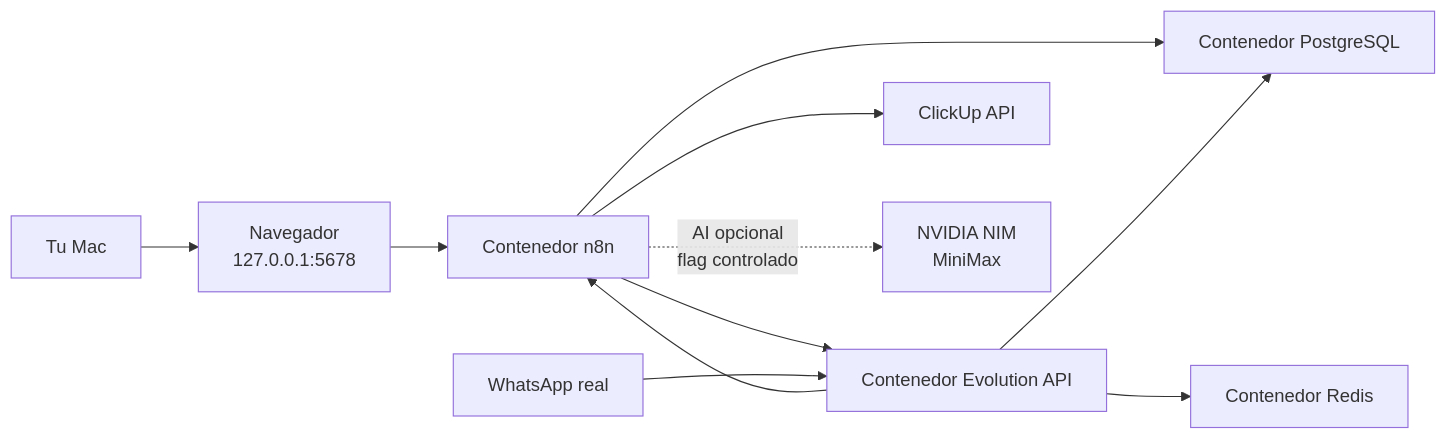
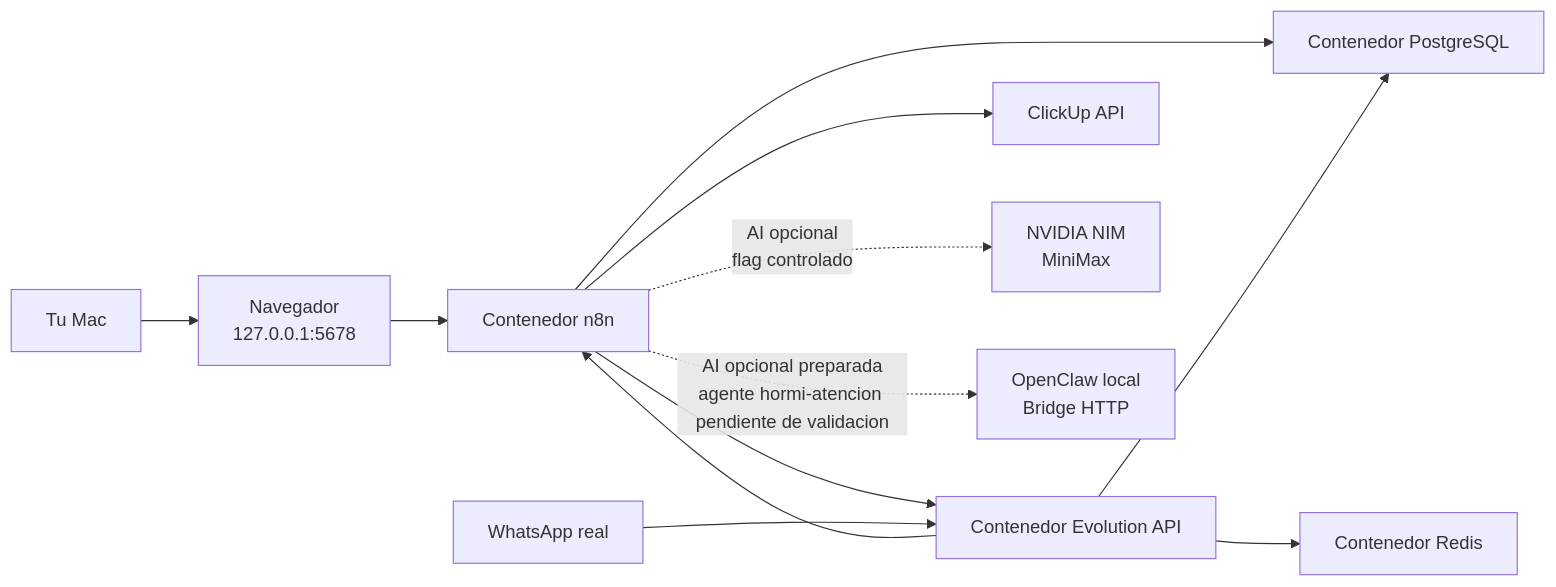
The diagram in docs/arquitectura.md (juanpablovM/Automatizacion-WhatsApp), drawn with Mermaid before and after one commit. The commit also changed other lines of this file and 14 other files, not shown here.

Commit message:
Prepare OpenClaw assistant integration

````diff
--- a/docs/arquitectura.md
+++ b/docs/arquitectura.md
@@ -33,13 +34,14 @@
 ```mermaid
 flowchart LR
     User["Tu Mac"] --> Browser["Navegador<br/>127.0.0.1:5678"]
     Browser --> N8N["Contenedor n8n"]
     N8N --> PG["Contenedor PostgreSQL"]
     N8N --> EVO["Contenedor Evolution API"]
     EVO --> REDIS["Contenedor Redis"]
     EVO --> PG
     N8N --> CU["ClickUp API"]
     N8N -.->|AI opcional<br/>flag controlado| AI["NVIDIA NIM<br/>MiniMax"]
+    N8N -.->|AI opcional preparada<br/>agente hormi-atencion pendiente de validacion| OC["OpenClaw local<br/>Bridge HTTP"]
     WA["WhatsApp real"] --> EVO
     EVO --> N8N
 ```
````
